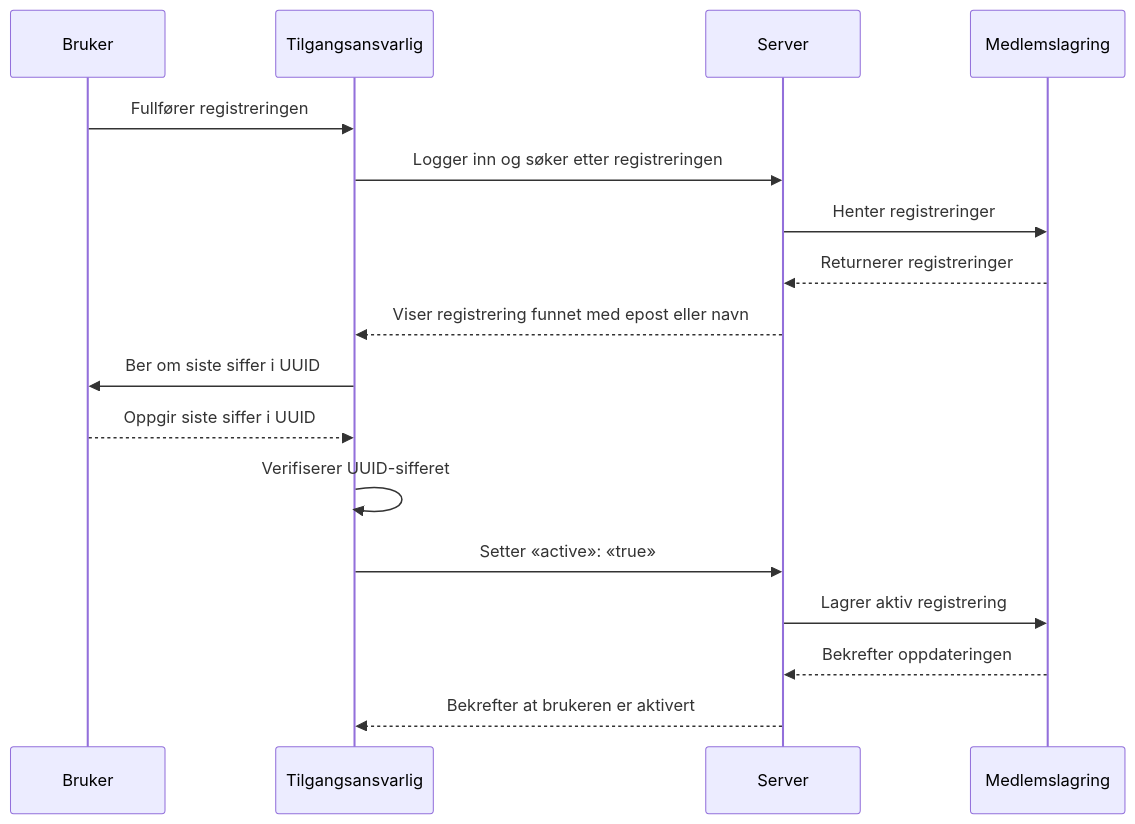
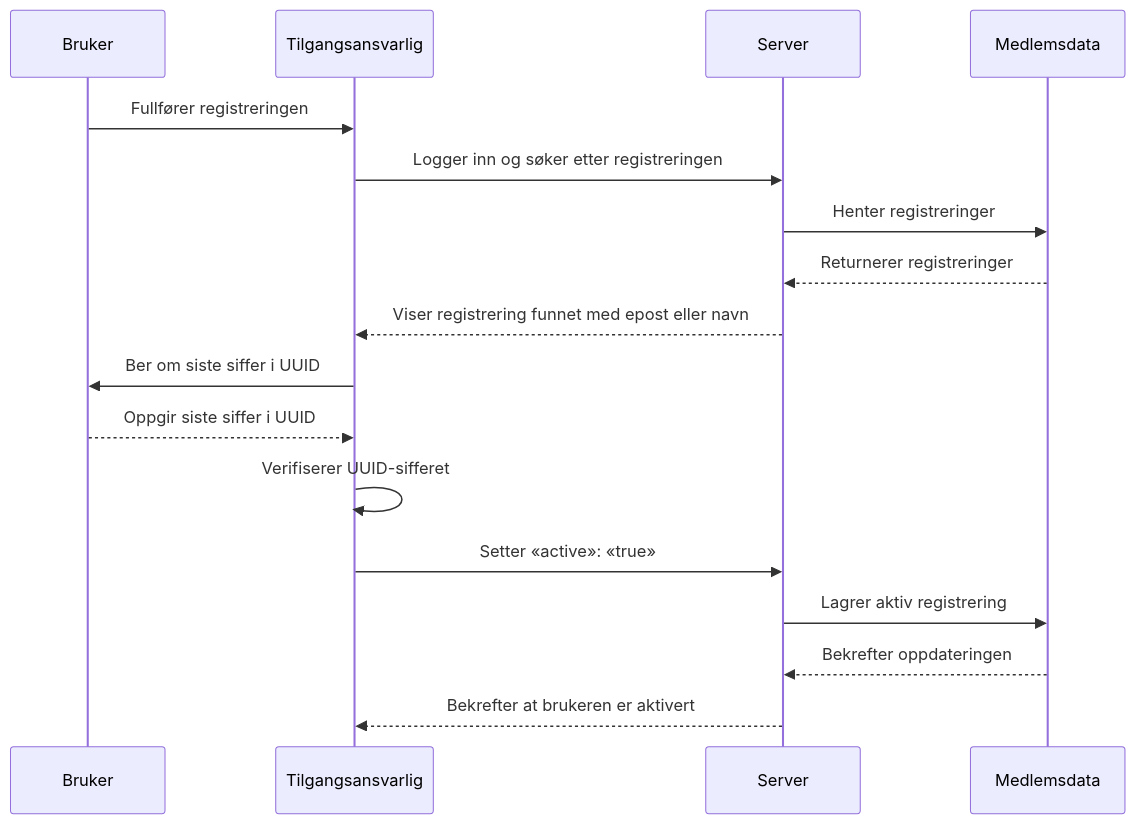
One commit to tplive/harstadmakers changed the second of 3 diagrams in ttl/README.md. Above: the diagram before and after it, drawn with Mermaid. The commit also changed other lines of this file, not shown here.

Commit message:
Endre "Medlemslagring" -> "Medlemsdata".

````diff
--- a/ttl/README.md
+++ b/ttl/README.md
@@ -92,20 +92,20 @@
 ```mermaid
 sequenceDiagram
    participant Bruker
    participant Tilgangsansvarlig
    participant Server
-   participant Medlemslagring
+   participant Medlemsdata
 
    Bruker->>Tilgangsansvarlig: Fullfører registreringen
    Tilgangsansvarlig->>Server: Logger inn og søker etter registreringen
-   Server->>Medlemslagring: Henter registreringer
-   Medlemslagring-->>Server: Returnerer registreringer
+   Server->>Medlemsdata: Henter registreringer
+   Medlemsdata-->>Server: Returnerer registreringer
    Server-->>Tilgangsansvarlig: Viser registrering funnet med epost eller navn
    Tilgangsansvarlig->>Bruker: Ber om siste siffer i UUID
    Bruker-->>Tilgangsansvarlig: Oppgir siste siffer i UUID
    Tilgangsansvarlig->>Tilgangsansvarlig: Verifiserer UUID-sifferet
    Tilgangsansvarlig->>Server: Setter «active»: «true»
-   Server->>Medlemslagring: Lagrer aktiv registrering
-   Medlemslagring-->>Server: Bekrefter oppdateringen
+   Server->>Medlemsdata: Lagrer aktiv registrering
+   Medlemsdata-->>Server: Bekrefter oppdateringen
    Server-->>Tilgangsansvarlig: Bekrefter at brukeren er aktivert
 ```
````
